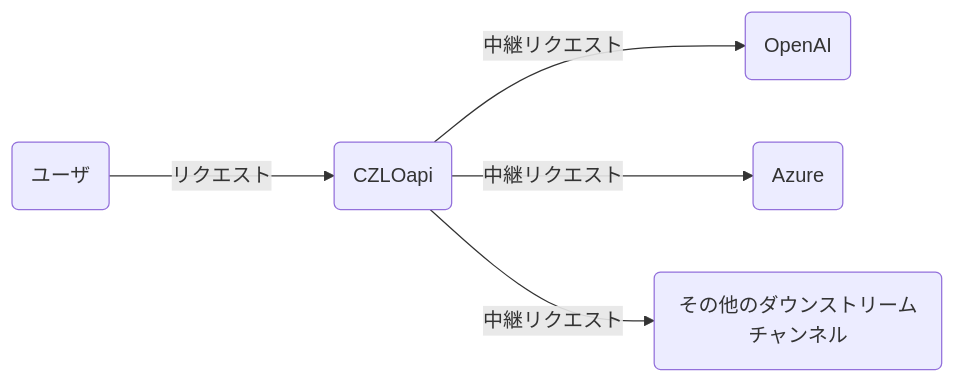
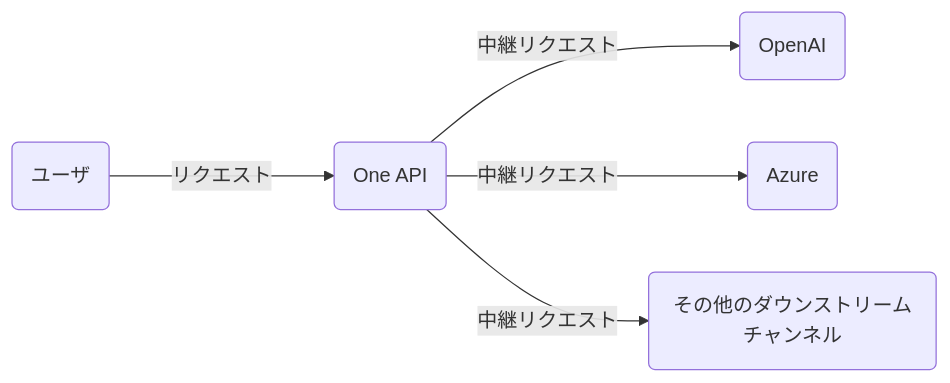
One commit to MartialBE/one-hub changed the diagram in README.ja.md. Above: the diagram before and after it, drawn with Mermaid. The commit also changed other lines of this file and 78 other files, not shown here.

````diff
--- a/README.ja.md
+++ b/README.ja.md
@@ -246,8 +246,8 @@
 ```mermaid
 graph LR
     A(ユーザ)
-    A --->|リクエスト| B(CZLOapi)
+    A --->|リクエスト| B(One API)
     B -->|中継リクエスト| C(OpenAI)
     B -->|中継リクエスト| D(Azure)
     B -->|中継リクエスト| E(その他のダウンストリームチャンネル)
 ```
````
